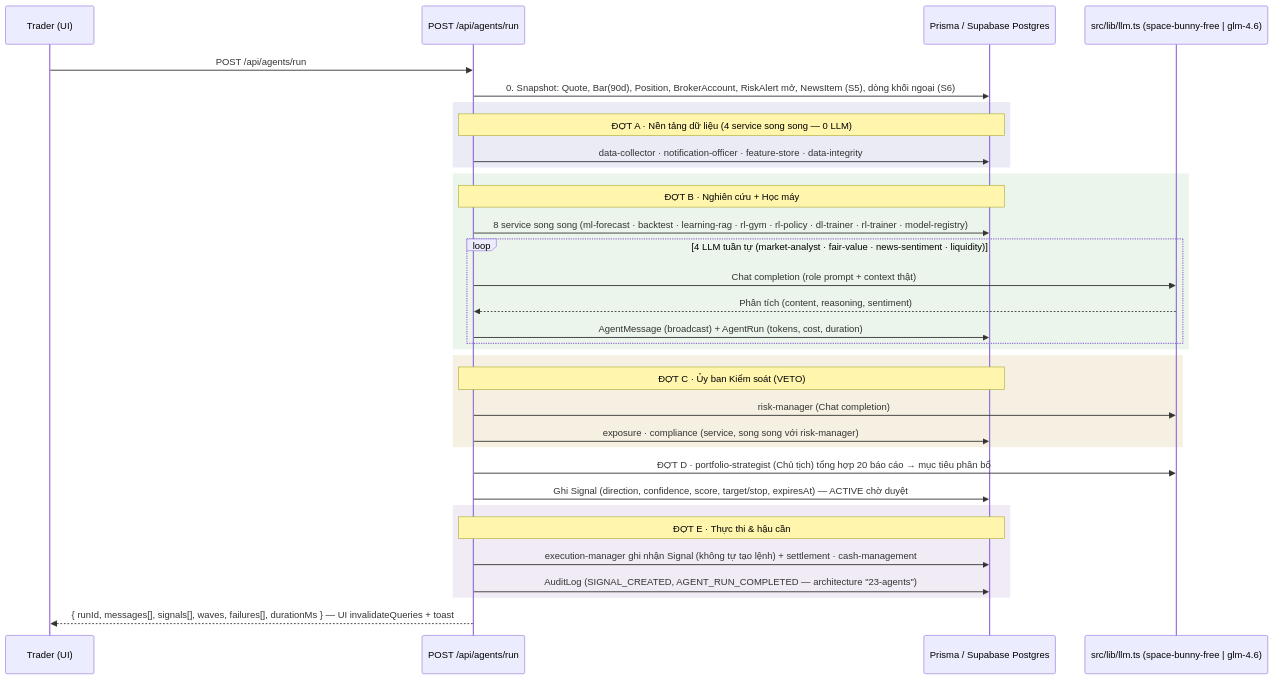
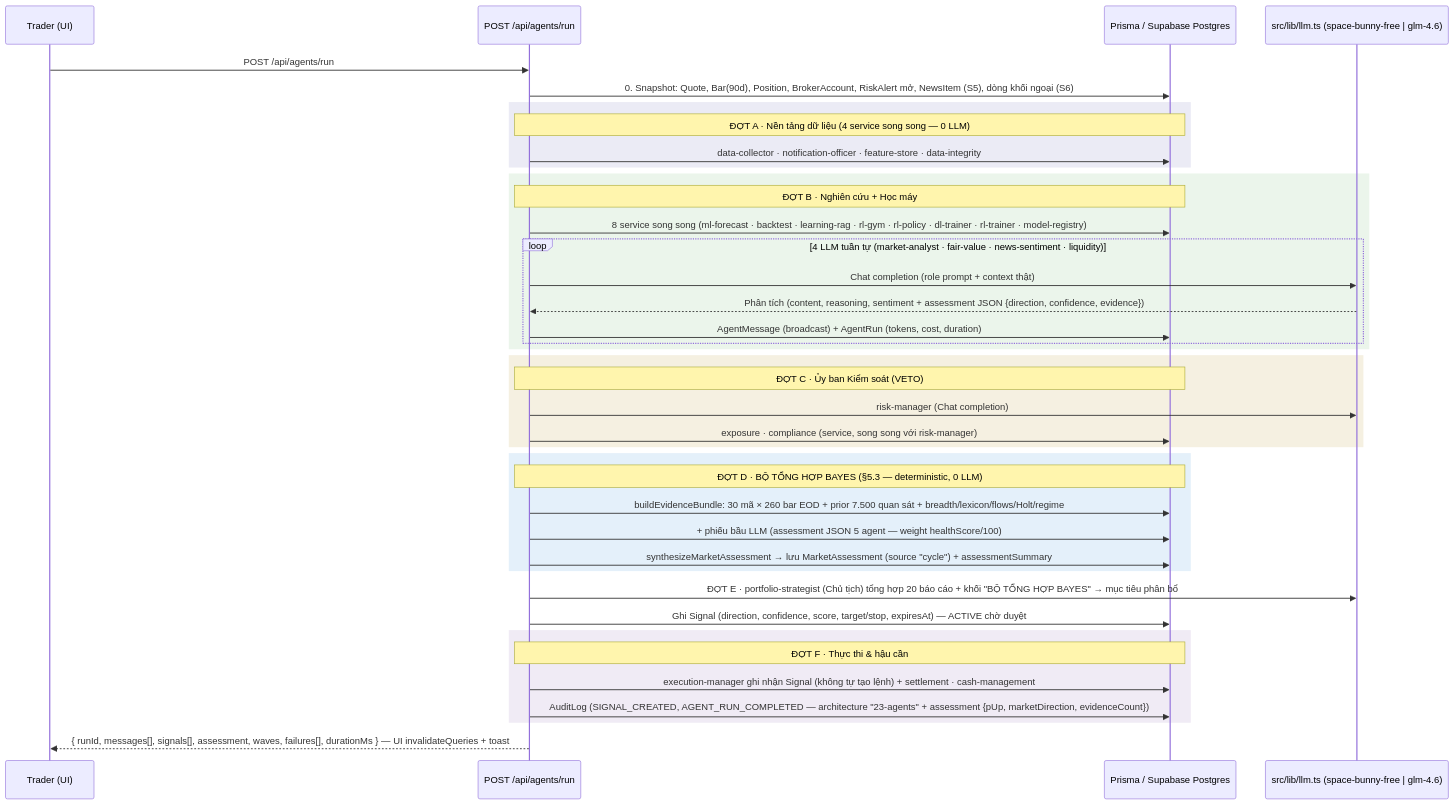
One commit to nguyenquocviety2c-code/THE-TRADER changed the second of 2 diagrams in docs/TECHNICAL_BLUEPRINT.md. Above: the diagram before and after it, drawn with Mermaid. The commit also changed other lines of this file and 49 other files, not shown here.

````diff
--- a/docs/TECHNICAL_BLUEPRINT.md
+++ b/docs/TECHNICAL_BLUEPRINT.md
@@ -198,36 +217,42 @@
 ```mermaid
 sequenceDiagram
     participant U as Trader (UI)
     participant API as POST /api/agents/run
     participant DB as Prisma / Supabase Postgres
     participant LLM as src/lib/llm.ts (space-bunny-free | glm-4.6)
 
     U->>API: POST /api/agents/run
     API->>DB: 0. Snapshot: Quote, Bar(90d), Position, BrokerAccount, RiskAlert mở, NewsItem (S5), dòng khối ngoại (S6)
     rect rgb(235, 235, 245)
         note over API,DB: ĐỢT A · Nền tảng dữ liệu (4 service song song — 0 LLM)
         API->>DB: data-collector · notification-officer · feature-store · data-integrity
     end
     rect rgb(235, 245, 235)
         note over API,DB: ĐỢT B · Nghiên cứu + Học máy
         API->>DB: 8 service song song (ml-forecast · backtest · learning-rag · rl-gym · rl-policy · dl-trainer · rl-trainer · model-registry)
         loop 4 LLM tuần tự (market-analyst · fair-value · news-sentiment · liquidity)
             API->>LLM: Chat completion (role prompt + context thật)
-            LLM-->>API: Phân tích (content, reasoning, sentiment)
+            LLM-->>API: Phân tích (content, reasoning, sentiment + assessment JSON {direction, confidence, evidence})
             API->>DB: AgentMessage (broadcast) + AgentRun (tokens, cost, duration)
         end
     end
     rect rgb(245, 240, 225)
         note over API,DB: ĐỢT C · Ủy ban Kiểm soát (VETO)
         API->>LLM: risk-manager (Chat completion)
         API->>DB: exposure · compliance (service, song song với risk-manager)
     end
-    API->>LLM: ĐỢT D · portfolio-strategist (Chủ tịch) tổng hợp 20 báo cáo → mục tiêu phân bổ
+    rect rgb(228, 240, 250)
+        note over API,DB: ĐỢT D · BỘ TỔNG HỢP BAYES (§5.3 — deterministic, 0 LLM)
+        API->>DB: buildEvidenceBundle: 30 mã × 260 bar EOD + prior 7.500 quan sát + breadth/lexicon/flows/Holt/regime
+        API->>DB: + phiếu bầu LLM (assessment JSON 5 agent — weight healthScore/100)
+        API->>DB: synthesizeMarketAssessment → lưu MarketAssessment (source "cycle") + assessmentSummary
+    end
+    API->>LLM: ĐỢT E · portfolio-strategist (Chủ tịch) tổng hợp 20 báo cáo + khối "BỘ TỔNG HỢP BAYES" → mục tiêu phân bổ
     API->>DB: Ghi Signal (direction, confidence, score, target/stop, expiresAt) — ACTIVE chờ duyệt
     rect rgb(240, 235, 245)
-        note over API,DB: ĐỢT E · Thực thi & hậu cần
+        note over API,DB: ĐỢT F · Thực thi & hậu cần
         API->>DB: execution-manager ghi nhận Signal (không tự tạo lệnh) + settlement · cash-management
-        API->>DB: AuditLog (SIGNAL_CREATED, AGENT_RUN_COMPLETED — architecture "23-agents")
+        API->>DB: AuditLog (SIGNAL_CREATED, AGENT_RUN_COMPLETED — architecture "23-agents" + assessment {pUp, marketDirection, evidenceCount})
     end
-    API-->>U: { runId, messages[], signals[], waves, failures[], durationMs } — UI invalidateQueries + toast
+    API-->>U: { runId, messages[], signals[], assessment, waves, failures[], durationMs } — UI invalidateQueries + toast
 ```
````
